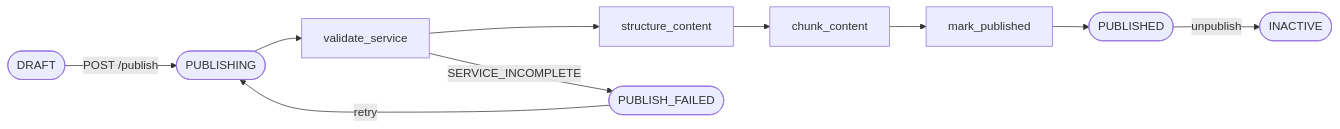
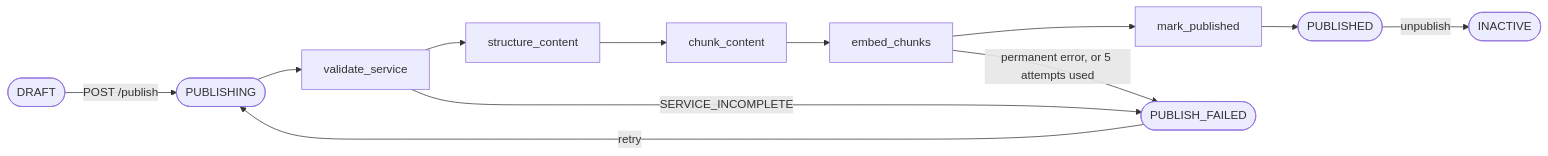
One commit to Fawwad795/smarthealth-fawwad changed the second of 3 diagrams in docs/design.md. Above: the diagram before and after it, drawn with Mermaid. The commit also changed other lines of this file and 3 other files, not shown here.

````diff
--- a/docs/design.md
+++ b/docs/design.md
@@ -635,9 +639,10 @@
 ```mermaid
 flowchart LR
     D([DRAFT]) -->|POST /publish| P([PUBLISHING])
-    P --> V[validate_service] --> S[structure_content] --> C[chunk_content] --> M[mark_published]
+    P --> V[validate_service] --> S[structure_content] --> C[chunk_content] --> E[embed_chunks] --> M[mark_published]
     M --> PUB([PUBLISHED])
     V -->|SERVICE_INCOMPLETE| F([PUBLISH_FAILED])
+    E -->|permanent error, or 5 attempts used| F
     F -->|retry| P
     PUB -->|unpublish| I([INACTIVE])
 ```
````
